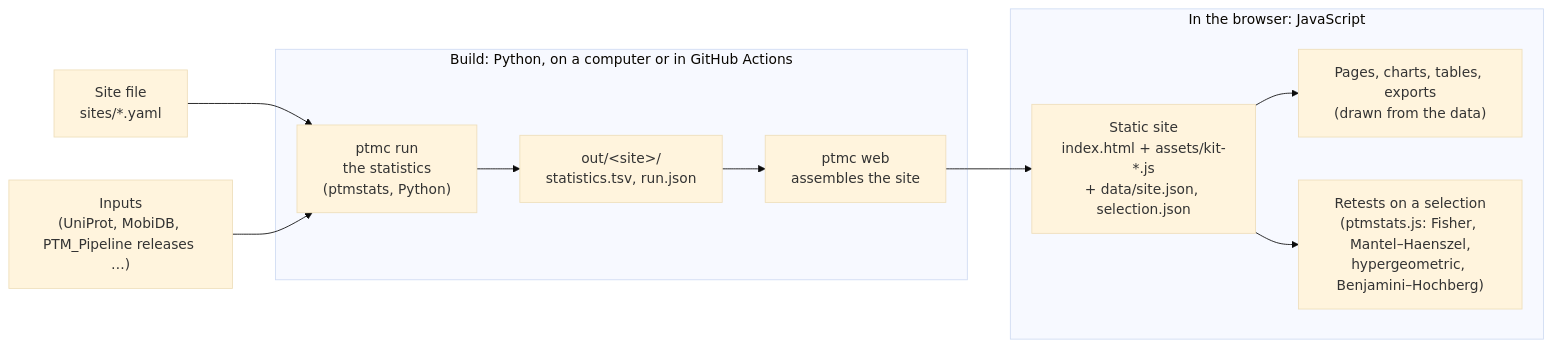
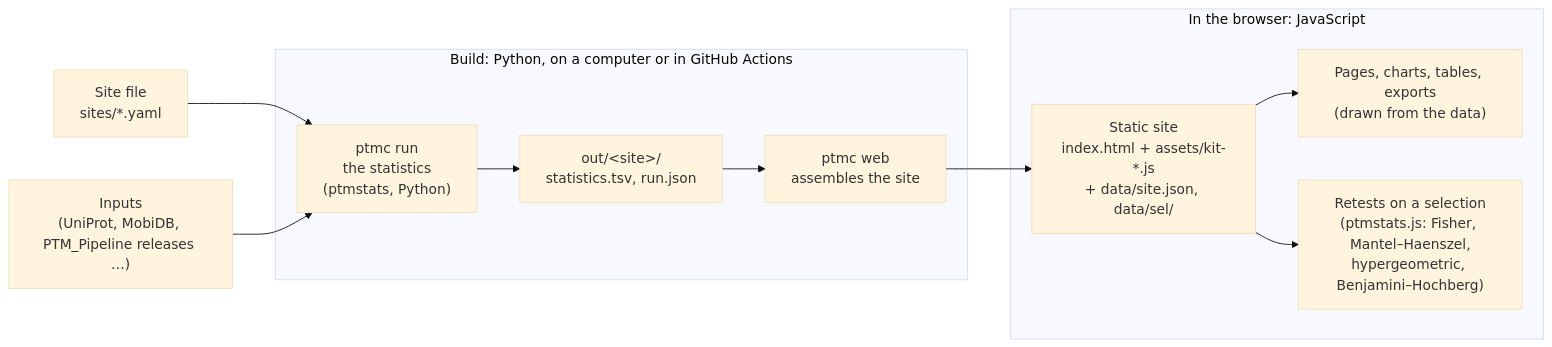
One commit to Shechterlab/ptmcontext changed the diagram in README.md. Above: the diagram before and after it, drawn with Mermaid (base theme). The commit also changed 28 other files, not shown here.

First line of the commit message:
Selection data in parts, read through one accessor

````diff
--- a/README.md
+++ b/README.md
@@ -60,14 +60,14 @@
 ```mermaid
 flowchart LR
   Y["Site file<br/>sites/*.yaml"] --> R
   I["Inputs<br/>(UniProt, MobiDB, PTM_Pipeline releases …)"] --> R
   subgraph build["Build: Python, on a computer or in GitHub Actions"]
     R["ptmc run<br/>the statistics<br/>(ptmstats, Python)"] --> O["out/&lt;site&gt;/<br/>statistics.tsv, run.json"]
     O --> W["ptmc web<br/>assembles the site"]
   end
-  W --> S["Static site<br/>index.html + assets/kit-*.js<br/>+ data/site.json, selection.json"]
+  W --> S["Static site<br/>index.html + assets/kit-*.js<br/>+ data/site.json, data/sel/"]
   subgraph browser["In the browser: JavaScript"]
     S --> V["Pages, charts, tables, exports<br/>(drawn from the data)"]
     S --> T["Retests on a selection<br/>(ptmstats.js: Fisher, Mantel–Haenszel,<br/>hypergeometric, Benjamini–Hochberg)"]
   end
 ```
````
